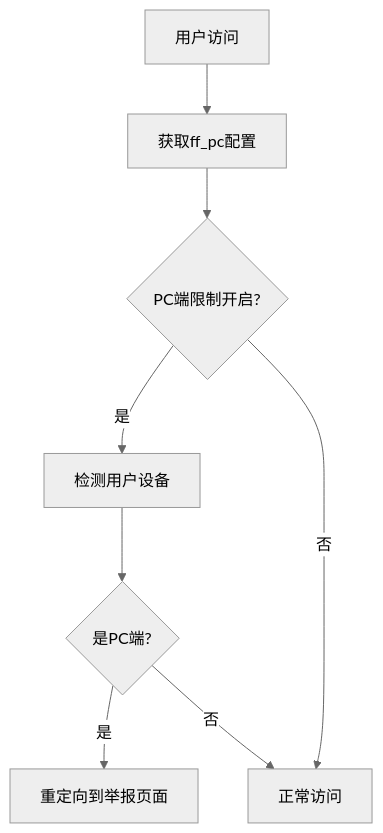
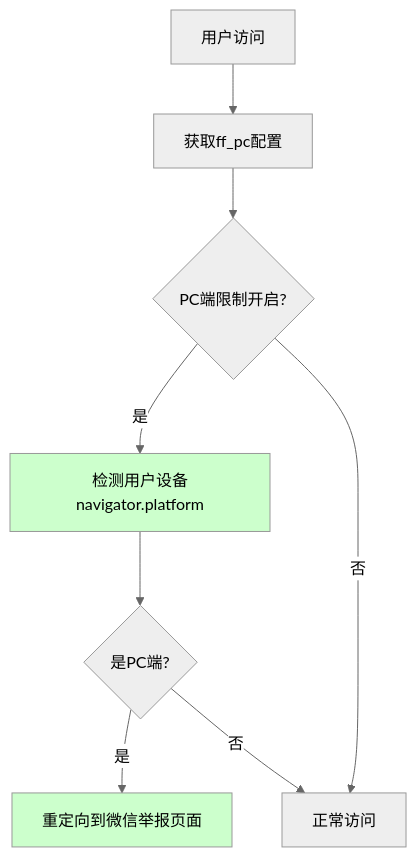
The third of 3 diagrams in docs/防洪配置页面功能分析报告.md (Himhu/Video-Reward), drawn with Mermaid (neutral theme) before and after one commit. The commit also changed other lines of this file and 33 other files, not shown here.

````diff
--- a/docs/防洪配置页面功能分析报告.md
+++ b/docs/防洪配置页面功能分析报告.md
@@ -122,10 +236,13 @@
 ```mermaid
 graph TD
     A[用户访问] --> B[获取ff_pc配置]
     B --> C{PC端限制开启?}
-    C -->|是| D[检测用户设备]
+    C -->|是| D[检测用户设备navigator.platform]
     C -->|否| E[正常访问]
     D --> F{是PC端?}
-    F -->|是| G[重定向到举报页面]
+    F -->|是| G[重定向到微信举报页面]
     F -->|否| E[正常访问]
+
+    style D fill:#ccffcc
+    style G fill:#ccffcc
 ```
````
